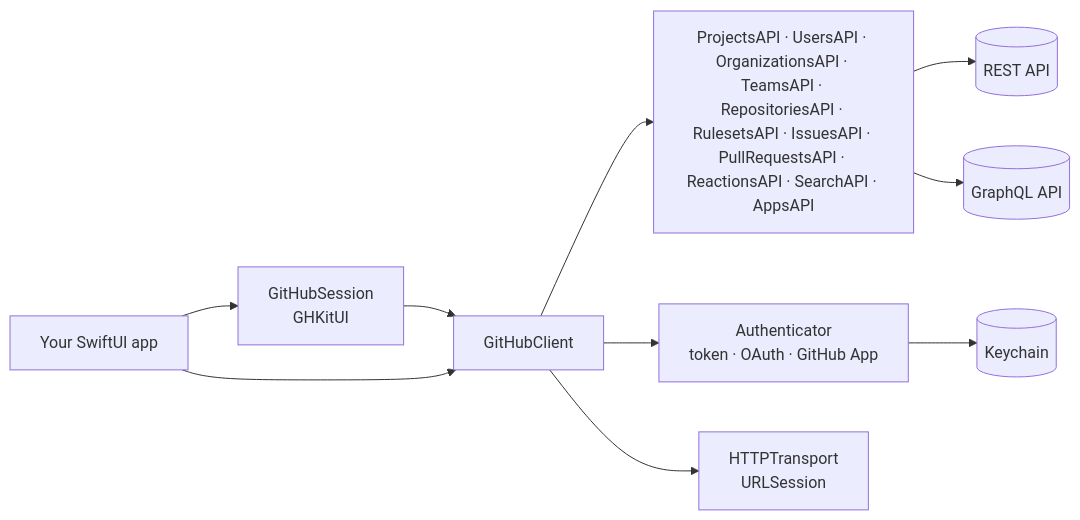
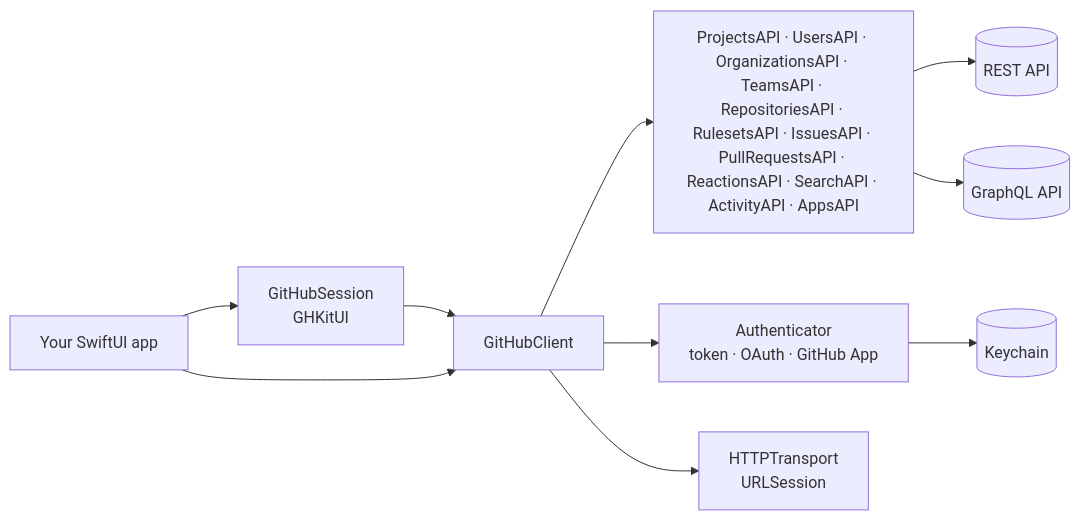
Before and after one commit to emmanuel-defreitas/GHKit: the diagram in README.md, drawn with Mermaid. The commit also changed 28 other files, not shown here.

````diff
--- a/README.md
+++ b/README.md
@@ -331,12 +331,12 @@
 ```mermaid
 graph LR
     App[Your SwiftUI app] --> Session[GitHubSession<br/>GHKitUI]
     Session --> Client[GitHubClient]
     App --> Client
-    Client --> APIs[ProjectsAPI · UsersAPI · OrganizationsAPI · TeamsAPI · RepositoriesAPI · RulesetsAPI · IssuesAPI · PullRequestsAPI · ReactionsAPI · SearchAPI · AppsAPI]
+    Client --> APIs[ProjectsAPI · UsersAPI · OrganizationsAPI · TeamsAPI · RepositoriesAPI · RulesetsAPI · IssuesAPI · PullRequestsAPI · ReactionsAPI · SearchAPI · ActivityAPI · AppsAPI]
     Client --> Auth[Authenticator<br/>token · OAuth · GitHub App]
     Client --> Transport[HTTPTransport<br/>URLSession]
     APIs --> REST[(REST API)]
     APIs --> GQL[(GraphQL API)]
     Auth --> Store[(Keychain)]
 ```
````
